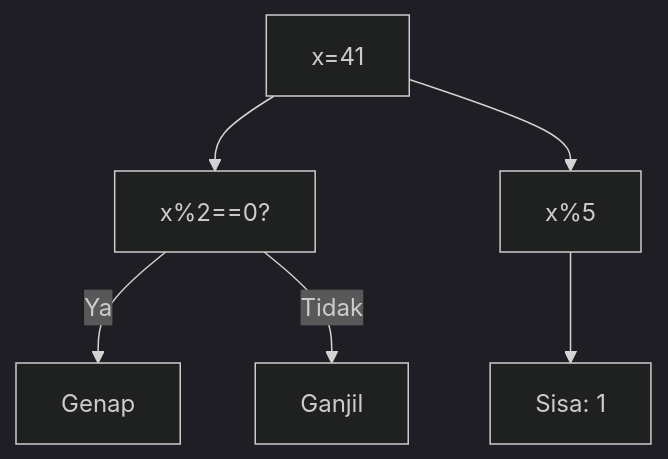
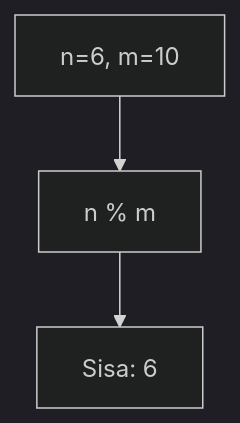
One commit to amnahwaida/OSNK_INF_PREP changed diagram 16 of 25 in part-c-pemahaman-cpp/01-tipe-data/latihan/set-05.md. Above: the diagram before and after it, drawn with Mermaid (dark theme). The commit also changed other lines of this file and 71 other files, not shown here.

````diff
--- a/part-c-pemahaman-cpp/01-tipe-data/latihan/set-05.md
+++ b/part-c-pemahaman-cpp/01-tipe-data/latihan/set-05.md
@@ -431,8 +430,5 @@
 ```mermaid
 graph TD
-A["x=41"] --> B["x%2==0?"]
-B -- Ya --> C["Genap"]
-B -- Tidak --> D["Ganjil"]
-A --> E["x%5"]
-E --> F["Sisa: 1"]
+A["n=6, m=10"] --> B["n % m"]
+B --> C["Sisa: 6"]
 ```
````
